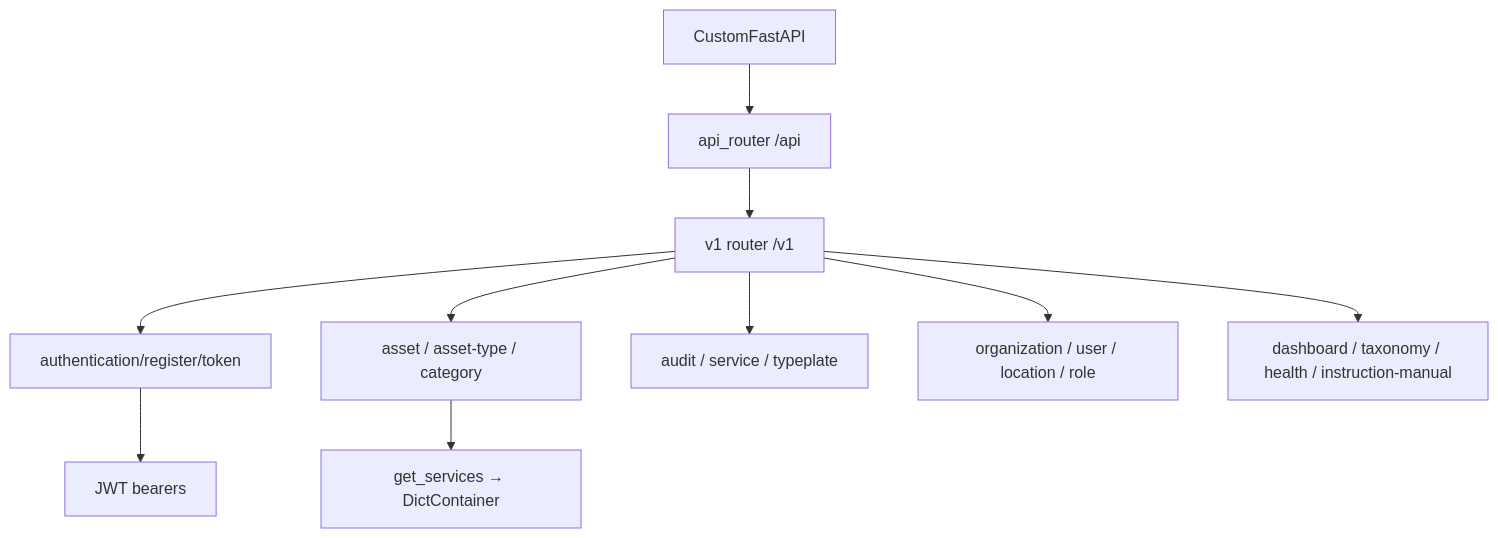
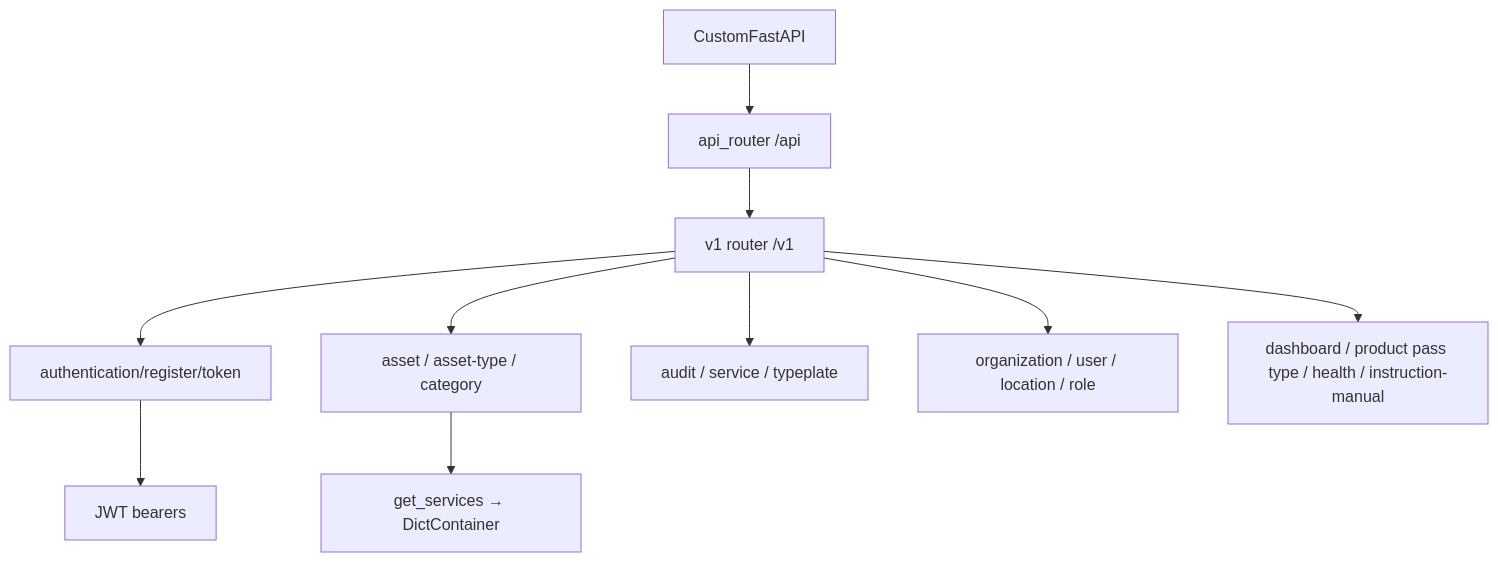
The first of 3 diagrams in docs/wiki/api-endpoints.md (Tap2Cloud/backend-public), drawn with Mermaid before and after one commit. The commit also changed other lines of this file and 33 other files, not shown here.

Commit message:
update taxonomy text to asset pass types

````diff
--- a/docs/wiki/api-endpoints.md
+++ b/docs/wiki/api-endpoints.md
@@ -9,12 +9,12 @@
 ```mermaid
 graph TD
   Main[CustomFastAPI] --> ApiRouter[api_router /api]
   ApiRouter --> V1[v1 router /v1]
   V1 --> Auth[authentication/register/token]
   V1 --> AssetR[asset / asset-type / category]
   V1 --> AuditR[audit / service / typeplate]
   V1 --> OrgR[organization / user / location / role]
-  V1 --> Misc[dashboard / taxonomy / health / instruction-manual]
+  V1 --> Misc[dashboard / product pass type / health / instruction-manual]
   Auth --> Sec[JWT bearers]
   AssetR --> Svc[get_services → DictContainer]
 ```
````
